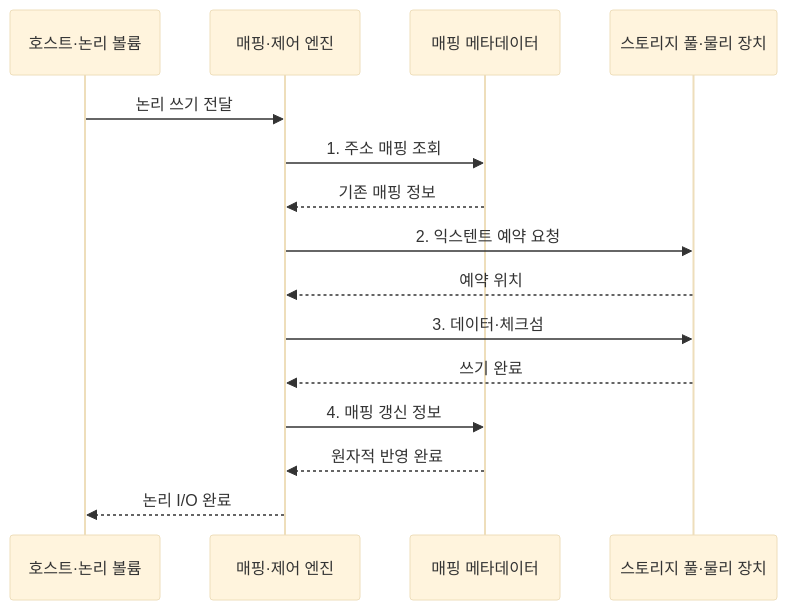
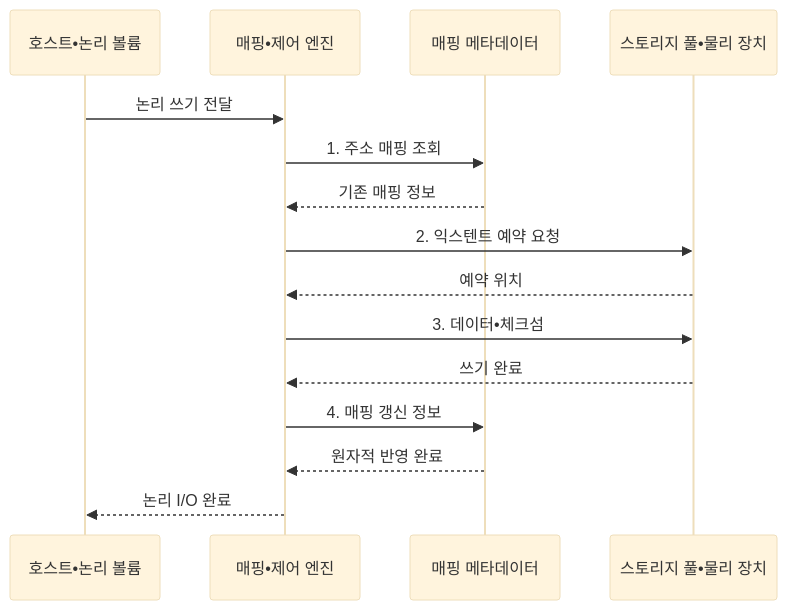
Before and after one commit to agnusdei1207/knowledge-base: the second of 2 diagrams in src/content/docs/notes/02-hardware/081_storage_virtualization.md, drawn with Mermaid (base theme). The commit also changed other lines of this file and 953 other files, not shown here.

````diff
--- a/src/content/docs/notes/02-hardware/081_storage_virtualization.md
+++ b/src/content/docs/notes/02-hardware/081_storage_virtualization.md
@@ -101,18 +101,18 @@
 ```mermaid
 sequenceDiagram
-    participant H as 호스트·논리 볼륨
-    participant M as 매핑·제어 엔진
+    participant H as 호스트•논리 볼륨
+    participant M as 매핑•제어 엔진
     participant T as 매핑 메타데이터
-    participant P as 스토리지 풀·물리 장치
+    participant P as 스토리지 풀•물리 장치
 
     H->>M: 논리 쓰기 전달
     M->>T: 1. 주소 매핑 조회
     T-->>M: 기존 매핑 정보
     M->>P: 2. 익스텐트 예약 요청
     P-->>M: 예약 위치
-    M->>P: 3. 데이터·체크섬
+    M->>P: 3. 데이터•체크섬
     P-->>M: 쓰기 완료
     M->>T: 4. 매핑 갱신 정보
     T-->>M: 원자적 반영 완료
     M-->>H: 논리 I/O 완료
 ```
````
